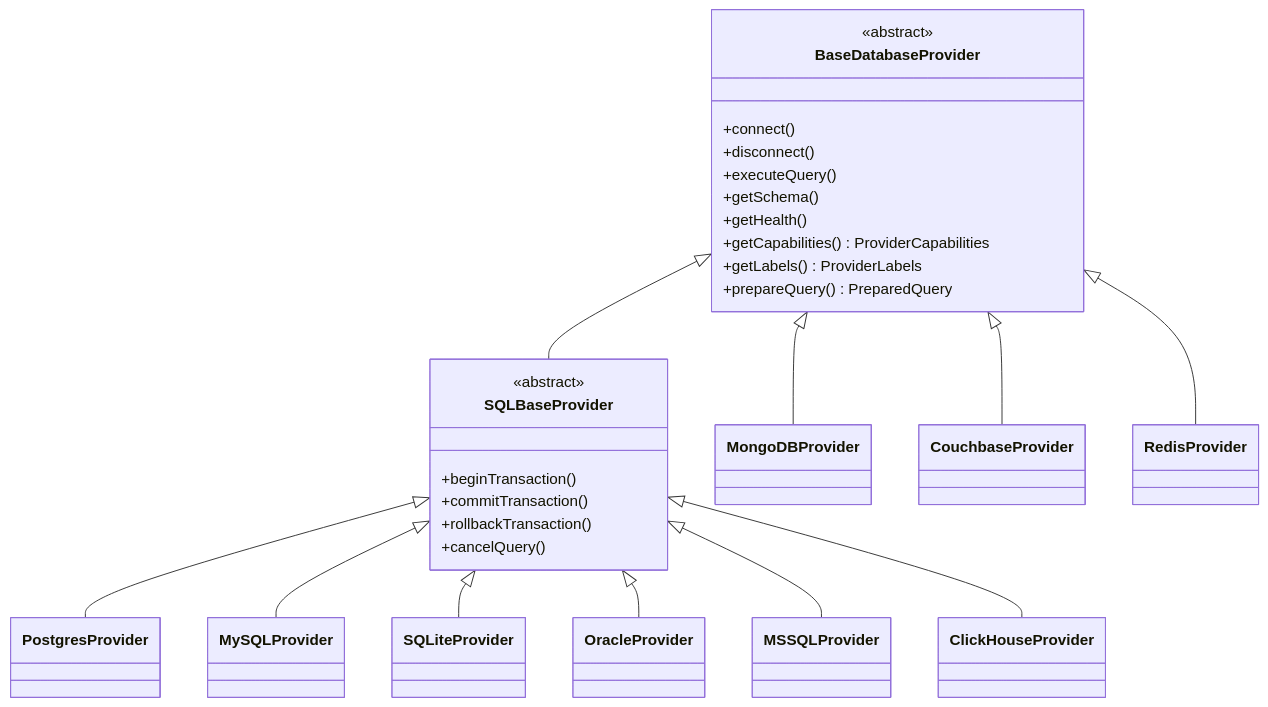
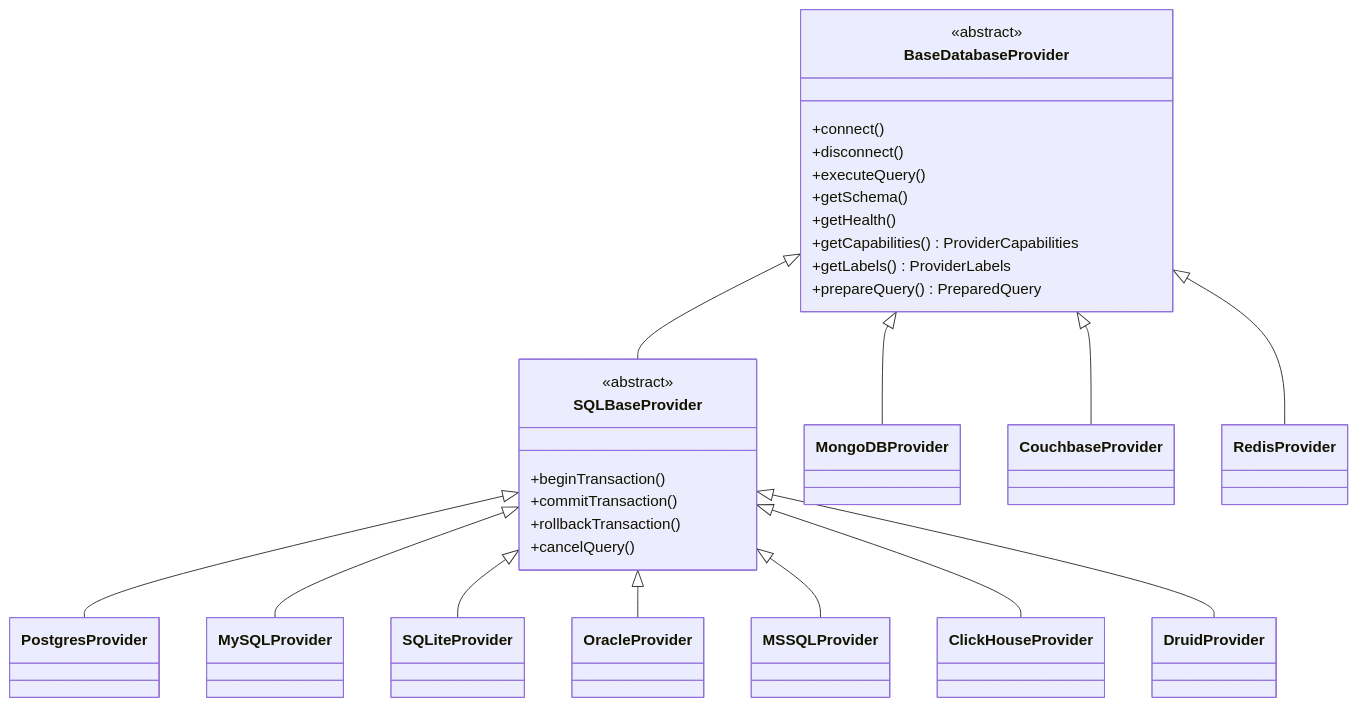
Before and after one commit to CrazyForks/libredb-studio: the second of 3 diagrams in docs/ARCHITECTURE.md, drawn with Mermaid. The commit also changed other lines of this file and 46 other files, not shown here.

First line of the commit message:
feat(db): add Apache Druid provider (Druid SQL over HTTP, no native dependency) (#271)

````diff
--- a/docs/ARCHITECTURE.md
+++ b/docs/ARCHITECTURE.md
@@ -71,34 +72,35 @@
 ```mermaid
 classDiagram
     class BaseDatabaseProvider {
         <<abstract>>
         +connect()
         +disconnect()
         +executeQuery()
         +getSchema()
         +getHealth()
         +getCapabilities() ProviderCapabilities
         +getLabels() ProviderLabels
         +prepareQuery() PreparedQuery
     }
 
     class SQLBaseProvider {
         <<abstract>>
         +beginTransaction()
         +commitTransaction()
         +rollbackTransaction()
         +cancelQuery()
     }
 
     BaseDatabaseProvider <|-- SQLBaseProvider
     BaseDatabaseProvider <|-- MongoDBProvider
     BaseDatabaseProvider <|-- CouchbaseProvider
     BaseDatabaseProvider <|-- RedisProvider
 
     SQLBaseProvider <|-- PostgresProvider
     SQLBaseProvider <|-- MySQLProvider
     SQLBaseProvider <|-- SQLiteProvider
     SQLBaseProvider <|-- OracleProvider
     SQLBaseProvider <|-- MSSQLProvider
     SQLBaseProvider <|-- ClickHouseProvider
+    SQLBaseProvider <|-- DruidProvider
 ```
````
